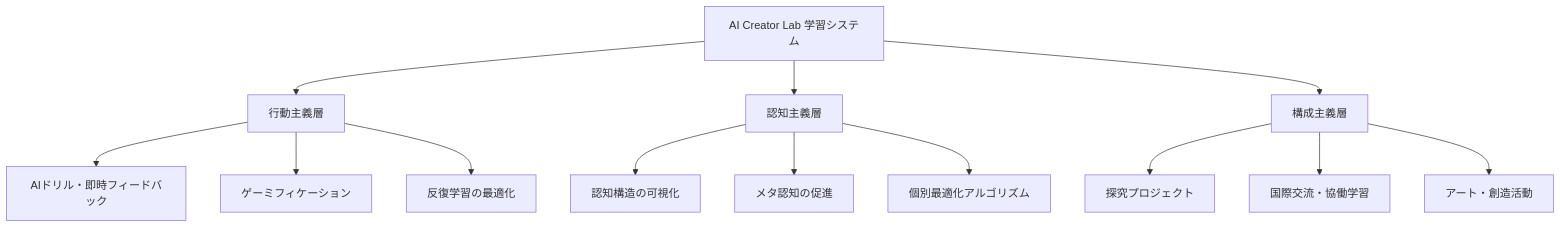
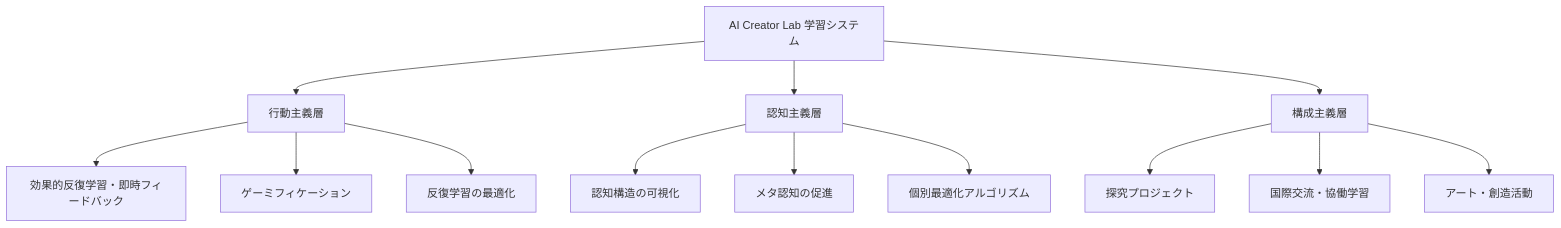
One commit to NPO-OpenCoralNetwork/e-school changed the first of 3 diagrams in docs/PROJECT_BACKGROUND.md. Above: the diagram before and after it, drawn with Mermaid. The commit also changed other lines of this file and 5 other files, not shown here.

````diff
--- a/docs/PROJECT_BACKGROUND.md
+++ b/docs/PROJECT_BACKGROUND.md
@@ -64,18 +62,18 @@
 ```mermaid
 graph TD
     A[AI Creator Lab 学習システム] --> B[行動主義層]
     A --> C[認知主義層]
     A --> D[構成主義層]
     
-    B --> E[AIドリル・即時フィードバック]
+    B --> E[効果的反復学習・即時フィードバック]
     B --> F[ゲーミフィケーション]
     B --> G[反復学習の最適化]
     
     C --> H[認知構造の可視化]
     C --> I[メタ認知の促進]
     C --> J[個別最適化アルゴリズム]
     
     D --> K[探究プロジェクト]
     D --> L[国際交流・協働学習]
     D --> M[アート・創造活動]
 ```
````
